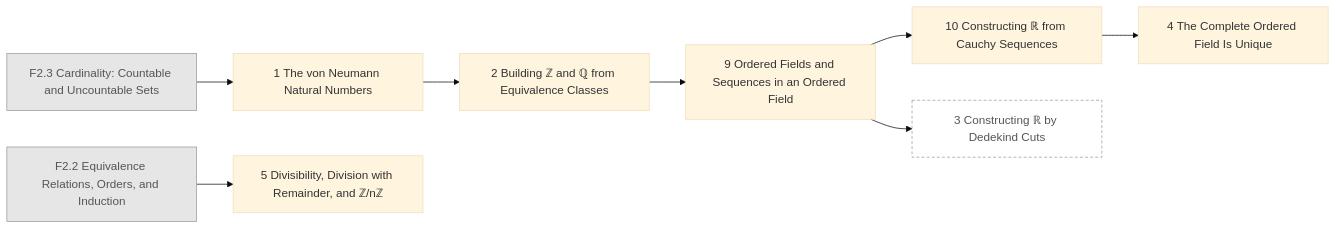
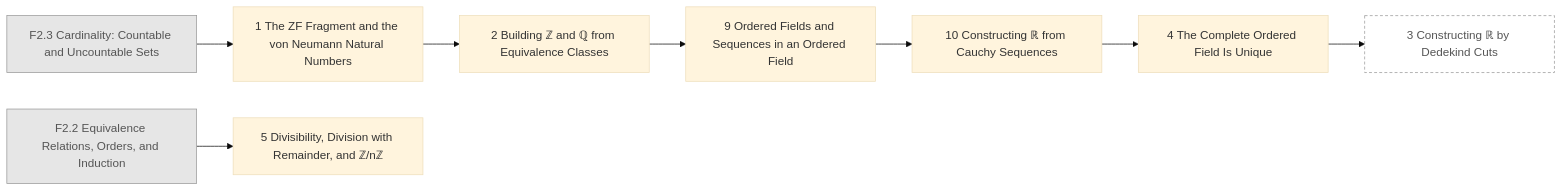
One commit to AkizumiFox/math-atlas changed the diagram in generated/chapters/F3.mmd. Above: the diagram before and after it, drawn with Mermaid (base theme). The commit also changed 5 other files, not shown here.

Commit message:
F3.1 title: The ZF Fragment and the von Neumann Natural Numbers

```diff
--- a/generated/chapters/F3.mmd
+++ b/generated/chapters/F3.mmd
@@ -1,20 +1,20 @@
 flowchart LR
   F2_2["F2.2 Equivalence Relations, Orders, and Induction"]:::ext
   F2_3["F2.3 Cardinality: Countable and Uncountable Sets"]:::ext
-  F3_1["1 The von Neumann Natural Numbers"]
+  F3_1["1 The ZF Fragment and the von Neumann Natural Numbers"]
   F3_2["2 Building ℤ and ℚ from Equivalence Classes"]
   F3_5["5 Divisibility, Division with Remainder, and ℤ/nℤ"]
   F3_9["9 Ordered Fields and Sequences in an Ordered Field"]
   F3_10["10 Constructing ℝ from Cauchy Sequences"]
   F3_4["4 The Complete Ordered Field Is Unique"]
   F3_3["3 Constructing ℝ by Dedekind Cuts"]:::opt
   F2_3 --> F3_1
   F3_1 --> F3_2
   F2_2 --> F3_5
   F3_2 --> F3_9
   F3_9 --> F3_10
   F3_10 --> F3_4
-  F3_9 --> F3_3
+  F3_4 --> F3_3
   classDef ext fill:#e6e6e6,stroke:#999,color:#555
   classDef opt fill:#fff,stroke:#999,stroke-dasharray:4 3,color:#555
   classDef segb fill:#f6f6fb,stroke:#99a,color:#333
```
